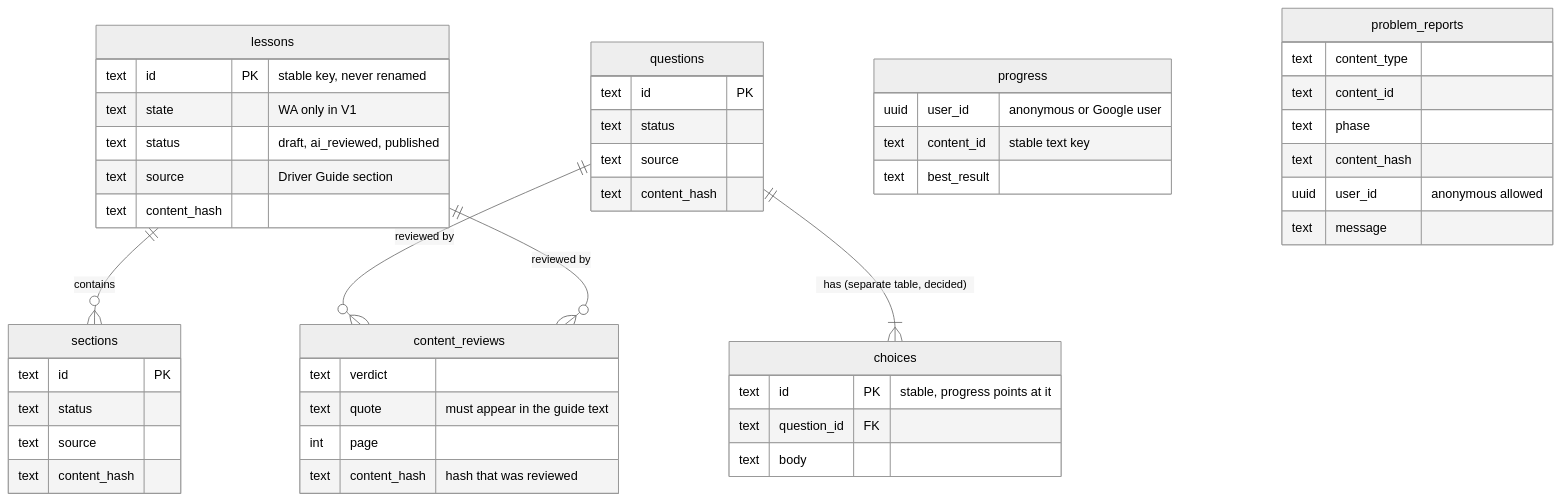
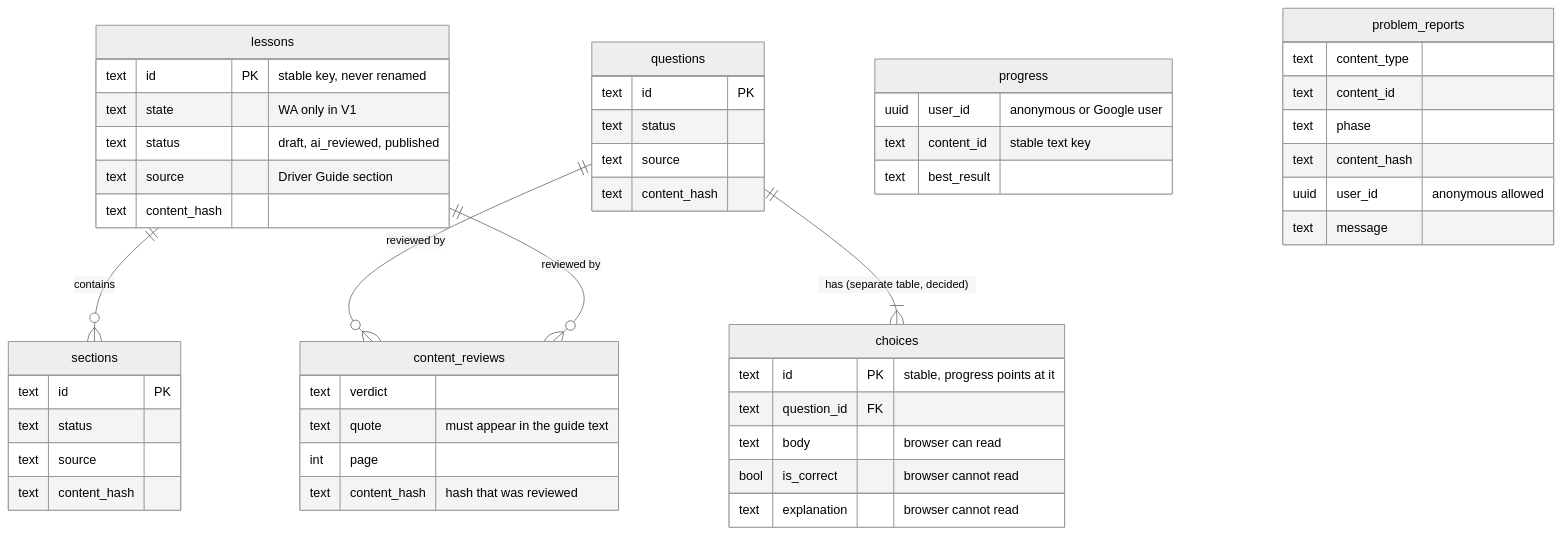
The sixth of 6 diagrams in architecture/data-flow.md (abdulrahman1121/super-driver), drawn with Mermaid (neutral theme) before and after one commit. The commit also changed other lines of this file and 5 other files, not shown here.

First line of the commit message:
Feat/v1 database schema (#6)

````diff
--- a/architecture/data-flow.md
+++ b/architecture/data-flow.md
@@ -137,50 +141,52 @@
 ```mermaid
 erDiagram
   lessons ||--o{ sections : contains
   questions ||--|{ choices : "has (separate table, decided)"
   questions ||--o{ content_reviews : "reviewed by"
   lessons ||--o{ content_reviews : "reviewed by"
   progress {
     uuid user_id "anonymous or Google user"
     text content_id "stable text key"
     text best_result
   }
   problem_reports {
     text content_type
     text content_id
     text phase
     text content_hash
     uuid user_id "anonymous allowed"
     text message
   }
   lessons {
     text id PK "stable key, never renamed"
     text state "WA only in V1"
     text status "draft, ai_reviewed, published"
     text source "Driver Guide section"
     text content_hash
   }
   sections {
     text id PK
     text status
     text source
     text content_hash
   }
   questions {
     text id PK
     text status
     text source
     text content_hash
   }
   choices {
     text id PK "stable, progress points at it"
     text question_id FK
-    text body
+    text body "browser can read"
+    bool is_correct "browser cannot read"
+    text explanation "browser cannot read"
   }
   content_reviews {
     text verdict
     text quote "must appear in the guide text"
     int page
     text content_hash "hash that was reviewed"
   }
 ```
````
